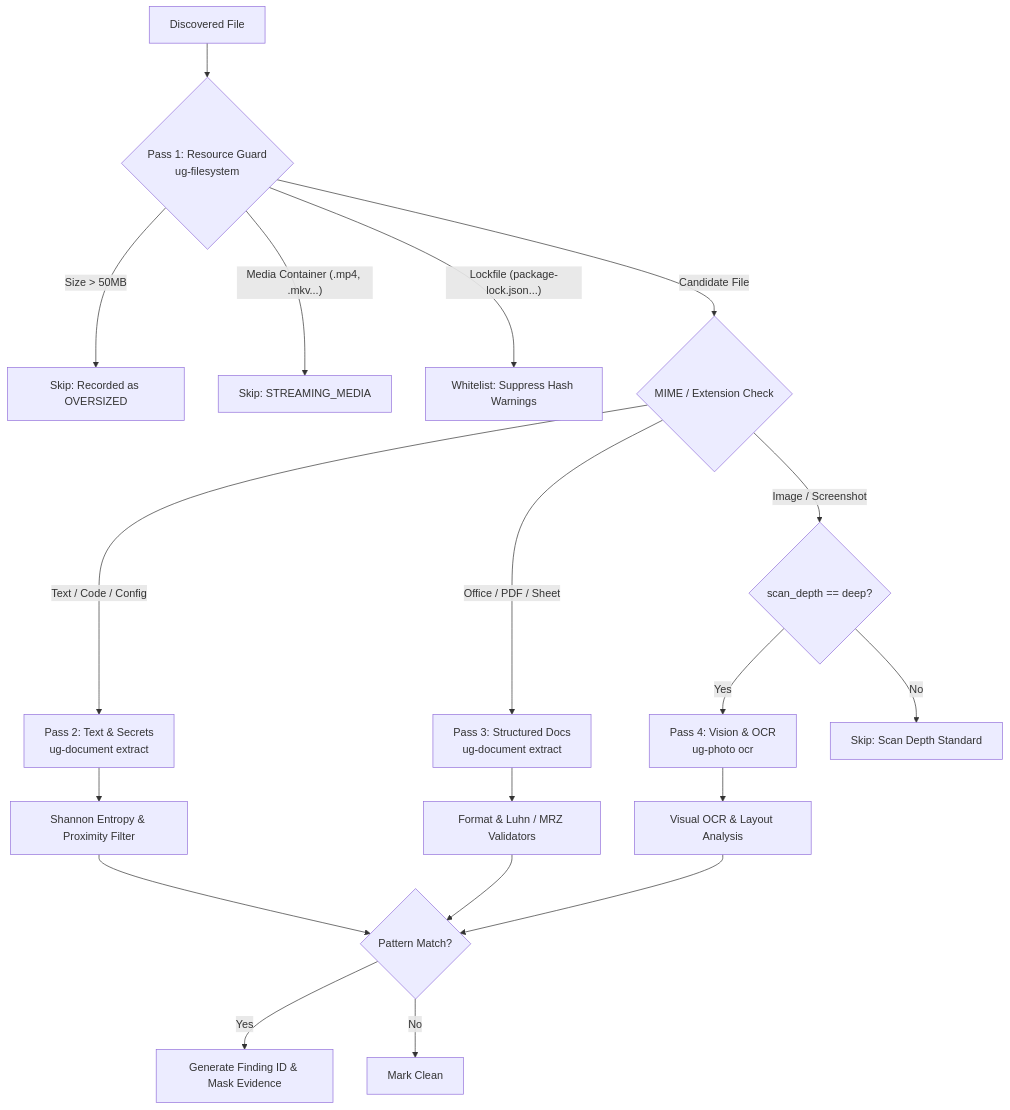
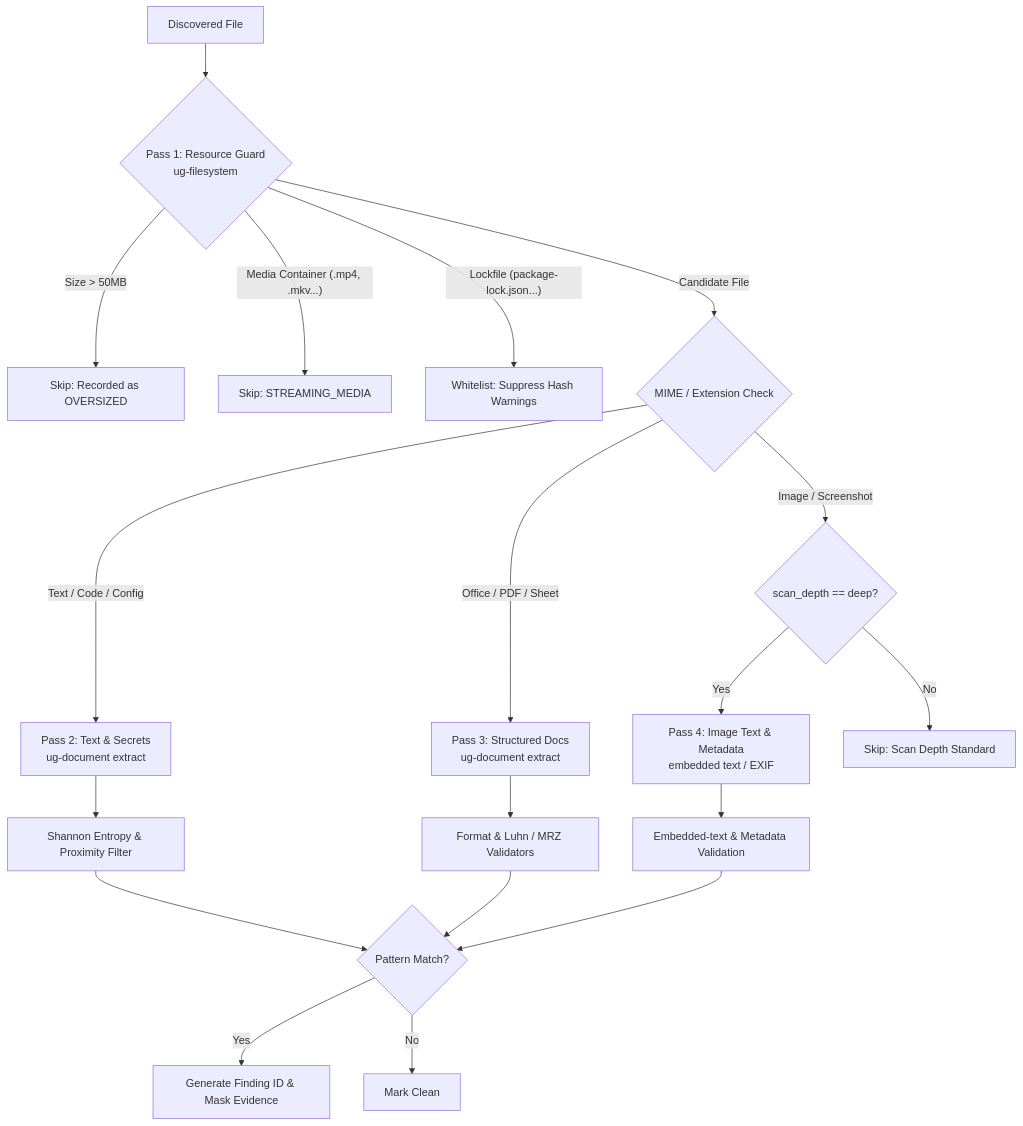
One commit to Jenola344/Sentry changed the diagram in skill/sentry/references/detection-taxonomy.md. Above: the diagram before and after it, drawn with Mermaid. The commit also changed other lines of this file and 44 other files, not shown here.

````diff
--- a/skill/sentry/references/detection-taxonomy.md
+++ b/skill/sentry/references/detection-taxonomy.md
@@ -13,26 +13,26 @@
 ```mermaid
 flowchart TD
     File["Discovered File"] --> P1{"Pass 1: Resource Guard<br/>ug-filesystem"}
     P1 -- "Size > 50MB" --> SkipSize["Skip: Recorded as OVERSIZED"]
     P1 -- "Media Container (.mp4, .mkv...)" --> SkipMedia["Skip: STREAMING_MEDIA"]
     P1 -- "Lockfile (package-lock.json...)" --> WhiteLock["Whitelist: Suppress Hash Warnings"]
     P1 -- "Candidate File" --> RouteType{"MIME / Extension Check"}
     
     RouteType -- "Text / Code / Config" --> P2["Pass 2: Text & Secrets<br/>ug-document extract"]
     RouteType -- "Office / PDF / Sheet" --> P3["Pass 3: Structured Docs<br/>ug-document extract"]
     RouteType -- "Image / Screenshot" --> P4Cond{"scan_depth == deep?"}
     
-    P4Cond -- "Yes" --> P4["Pass 4: Vision & OCR<br/>ug-photo ocr"]
+    P4Cond -- "Yes" --> P4["Pass 4: Image Text & Metadata<br/>embedded text / EXIF"]
     P4Cond -- "No" --> EndPass["Skip: Scan Depth Standard"]
     
     P2 --> Entropy["Shannon Entropy & Proximity Filter"]
     P3 --> DocValidate["Format & Luhn / MRZ Validators"]
-    P4 --> ImgValidate["Visual OCR & Layout Analysis"]
+    P4 --> ImgValidate["Embedded-text & Metadata Validation"]
     
     Entropy --> Match{"Pattern Match?"}
     DocValidate --> Match
     ImgValidate --> Match
     
     Match -- "Yes" --> RecordFinding["Generate Finding ID & Mask Evidence"]
     Match -- "No" --> Clean["Mark Clean"]
 ```
````
